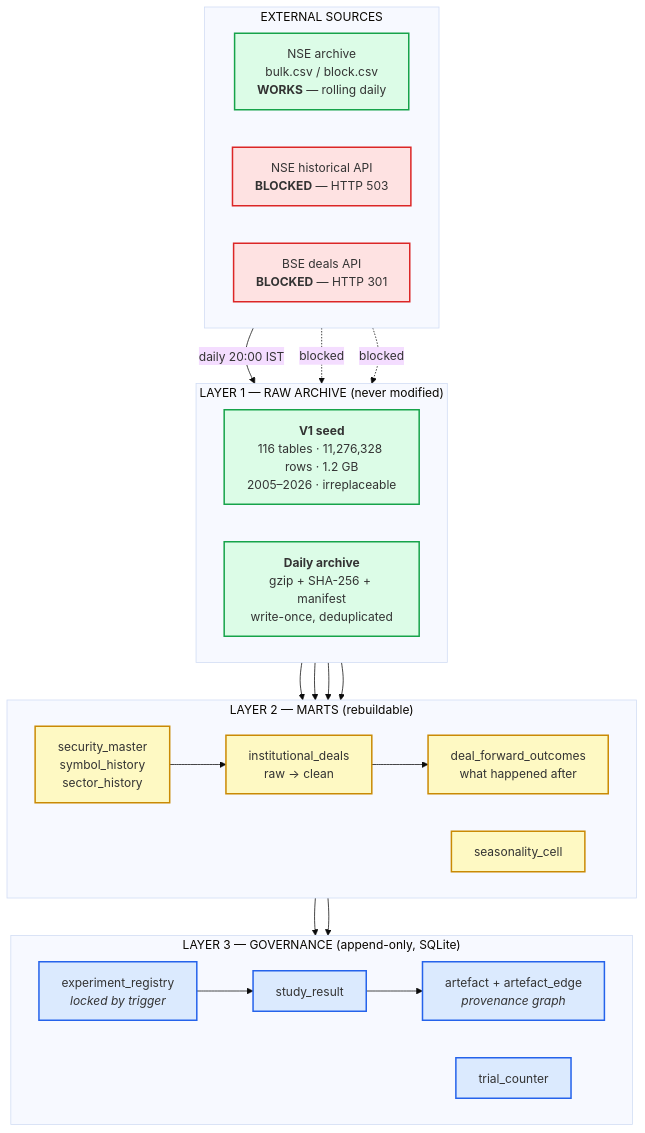
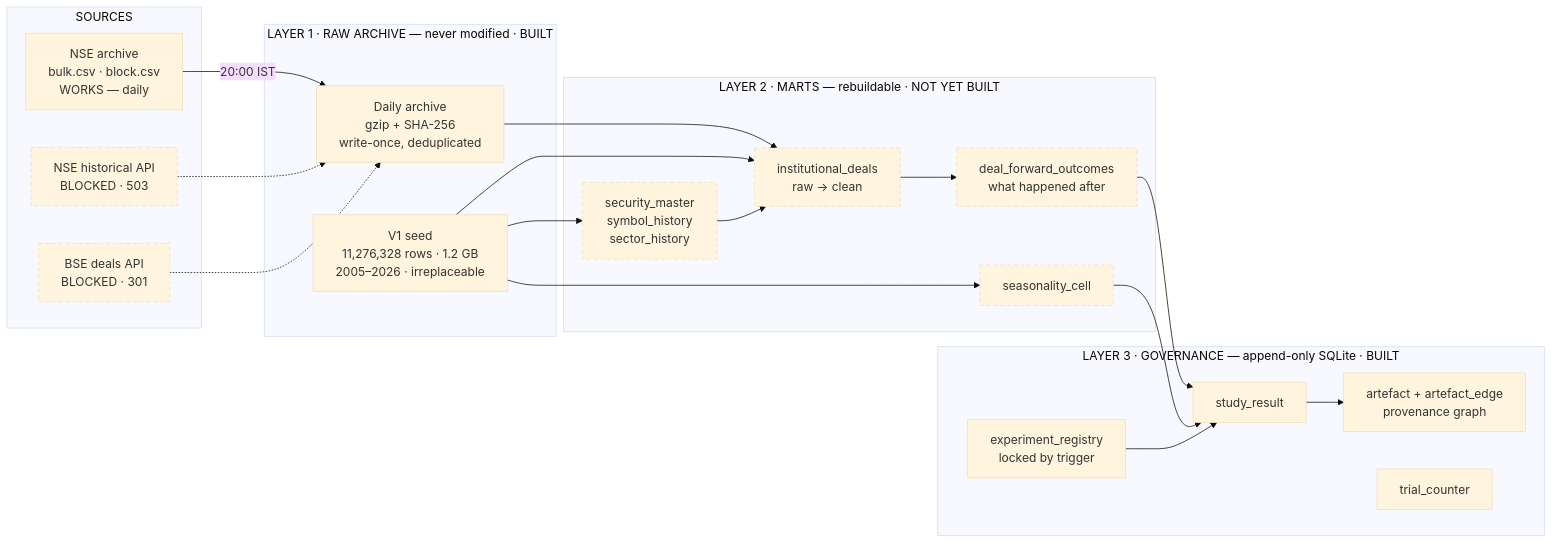
Before and after one commit to markandeyavarma3-lab/MICC_V3: the first of 5 diagrams in docs/report/PROJECT_REPORT.md, drawn with Mermaid (base theme). The commit also changed other lines of this file and 7 other files, not shown here.

First line of the commit message:
report: monochrome diagrams at print resolution

````diff
--- a/docs/report/PROJECT_REPORT.md
+++ b/docs/report/PROJECT_REPORT.md
@@ -575,54 +575,44 @@
 ```mermaid
-flowchart TB
-  subgraph EXT["EXTERNAL SOURCES"]
-    direction LR
-    NSE["NSE archive<br/>bulk.csv / block.csv<br/><b>WORKS</b> — rolling daily"]
-    NSEH["NSE historical API<br/><b>BLOCKED</b> — HTTP 503"]
-    BSE["BSE deals API<br/><b>BLOCKED</b> — HTTP 301"]
+flowchart LR
+  subgraph EXT["SOURCES"]
+    NSE["NSE archive<br/>bulk.csv · block.csv<br/>WORKS — daily"]
+    NSEH["NSE historical API<br/>BLOCKED · 503"]
+    BSE["BSE deals API<br/>BLOCKED · 301"]
   end
 
-  subgraph RAW["LAYER 1 — RAW ARCHIVE (never modified)"]
-    direction LR
-    SEED["<b>V1 seed</b><br/>116 tables · 11,276,328 rows · 1.2 GB<br/>2005–2026 · irreplaceable"]
-    ARCH["<b>Daily archive</b><br/>gzip + SHA-256 + manifest<br/>write-once, deduplicated"]
+  subgraph RAW["LAYER 1 · RAW ARCHIVE — never modified · BUILT"]
+    SEED["V1 seed<br/>11,276,328 rows · 1.2 GB<br/>2005–2026 · irreplaceable"]
+    ARCH["Daily archive<br/>gzip + SHA-256<br/>write-once, deduplicated"]
   end
 
-  subgraph MART["LAYER 2 — MARTS (rebuildable)"]
-    direction LR
+  subgraph MART["LAYER 2 · MARTS — rebuildable · NOT YET BUILT"]
     SEC["security_master<br/>symbol_history<br/>sector_history"]
     DEAL["institutional_deals<br/>raw → clean"]
     OUT["deal_forward_outcomes<br/>what happened after"]
     SEAS["seasonality_cell"]
   end
 
-  subgraph GOV["LAYER 3 — GOVERNANCE (append-only, SQLite)"]
-    direction LR
-    REG["experiment_registry<br/><i>locked by trigger</i>"]
+  subgraph GOV["LAYER 3 · GOVERNANCE — append-only SQLite · BUILT"]
+    REG["experiment_registry<br/>locked by trigger"]
     RES["study_result"]
-    DAG["artefact + artefact_edge<br/><i>provenance graph</i>"]
+    DAG["artefact + artefact_edge<br/>provenance graph"]
     TC["trial_counter"]
   end
 
-  NSE -->|"daily 20:00 IST"| ARCH
-  NSEH -.->|blocked| ARCH
-  BSE -.->|blocked| ARCH
+  NSE -->|"20:00 IST"| ARCH
+  NSEH -.-> ARCH
+  BSE -.-> ARCH
   SEED --> SEC
   ARCH --> DEAL
   SEED --> DEAL
   SEC --> DEAL
   DEAL --> OUT
   SEED --> SEAS
   OUT --> RES
   SEAS --> RES
   REG --> RES
   RES --> DAG
 
-  classDef ok fill:#dcfce7,stroke:#16a34a,stroke-width:2px
-  classDef bad fill:#fee2e2,stroke:#dc2626,stroke-width:2px
-  classDef todo fill:#fef9c3,stroke:#ca8a04,stroke-width:2px
-  classDef done fill:#dbeafe,stroke:#2563eb,stroke-width:2px
-  class NSE,SEED,ARCH ok
-  class NSEH,BSE bad
-  class SEC,DEAL,OUT,SEAS todo
-  class REG,RES,DAG,TC done
+  classDef pending stroke-dasharray:5 4
+  class NSEH,BSE,SEC,DEAL,OUT,SEAS pending
 ```
````
